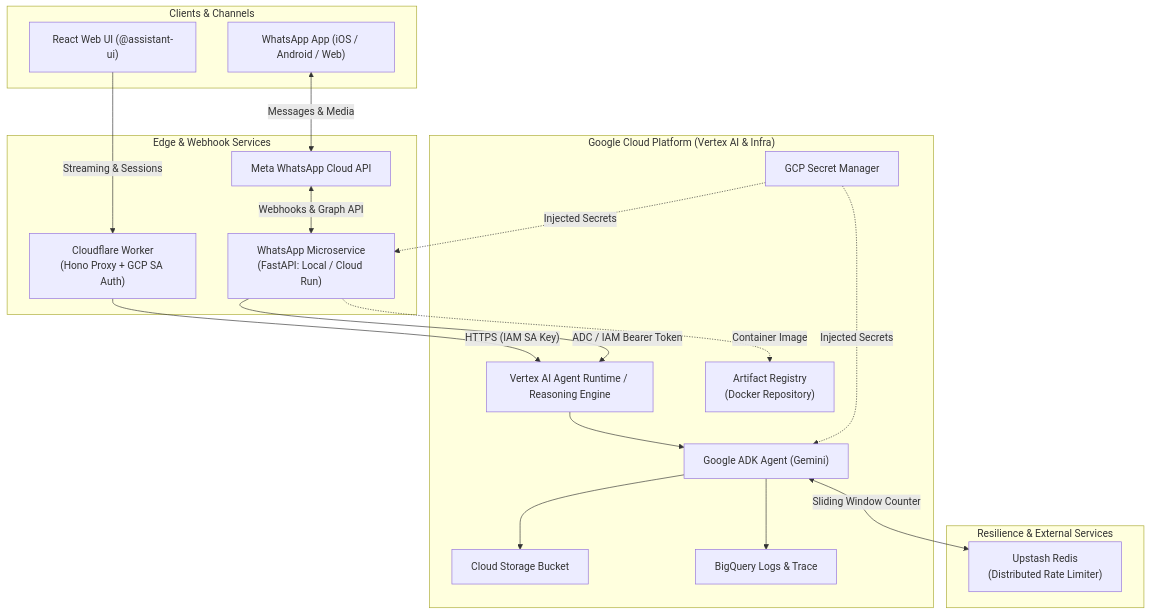
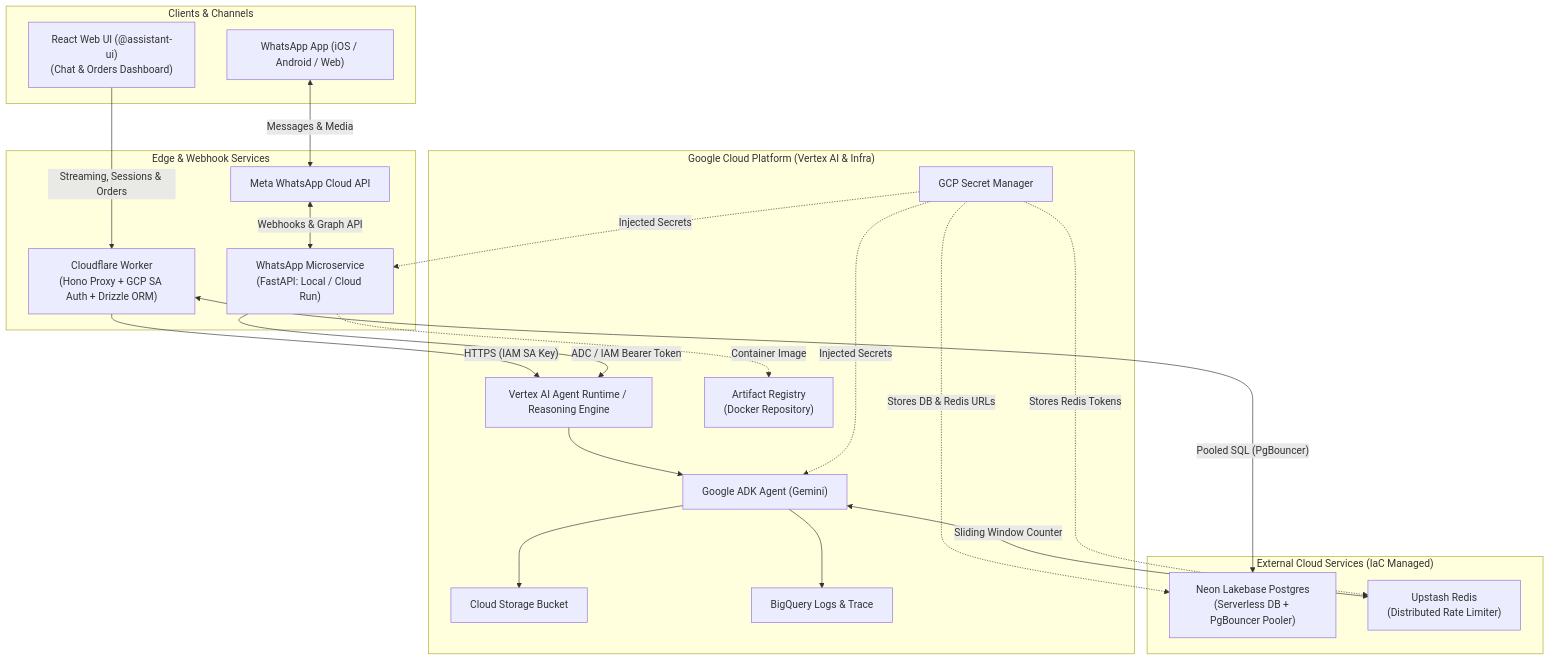
Before and after one commit to janf-agentic-architect/coffee-assistant: the diagram in README.md, drawn with Mermaid. The commit also changed other lines of this file and 10 other files, not shown here.

````diff
--- a/README.md
+++ b/README.md
@@ -25,40 +28,45 @@
 ```mermaid
 flowchart TD
     subgraph Clients ["Clients & Channels"]
-        WebUI["React Web UI (@assistant-ui)"]
+        WebUI["React Web UI (@assistant-ui)\n(Chat & Orders Dashboard)"]
         WhatsAppClient["WhatsApp App (iOS / Android / Web)"]
     end
 
     subgraph EdgeAndChannels ["Edge & Webhook Services"]
-        HonoWorker["Cloudflare Worker\n(Hono Proxy + GCP SA Auth)"]
+        HonoWorker["Cloudflare Worker\n(Hono Proxy + GCP SA Auth + Drizzle ORM)"]
         MetaAPI["Meta WhatsApp Cloud API"]
         WhatsAppService["WhatsApp Microservice\n(FastAPI: Local / Cloud Run)"]
 
-        WebUI -->|Streaming & Sessions| HonoWorker
+        WebUI -->|Streaming, Sessions & Orders| HonoWorker
         WhatsAppClient <-->|Messages & Media| MetaAPI
         MetaAPI <-->|Webhooks & Graph API| WhatsAppService
     end
 
     subgraph GCP ["Google Cloud Platform (Vertex AI & Infra)"]
         AgentRuntime["Vertex AI Agent Runtime / Reasoning Engine"]
         ADKAgent["Google ADK Agent (Gemini)"]
         SecretManager["GCP Secret Manager"]
         GCS["Cloud Storage Bucket"]
         BigQuery["BigQuery Logs & Trace"]
         ArtifactRegistry["Artifact Registry\n(Docker Repository)"]
 
         HonoWorker -->|"HTTPS (IAM SA Key)"| AgentRuntime
         WhatsAppService -->|"ADC / IAM Bearer Token"| AgentRuntime
         AgentRuntime --> ADKAgent
         SecretManager -.->|"Injected Secrets"| ADKAgent
         SecretManager -.->|"Injected Secrets"| WhatsAppService
         ADKAgent --> GCS
         ADKAgent --> BigQuery
         WhatsAppService -.->|"Container Image"| ArtifactRegistry
     end
 
-    subgraph Security ["Resilience & External Services"]
+    subgraph ExternalServices ["External Cloud Services (IaC Managed)"]
+        NeonDB["Neon Lakebase Postgres\n(Serverless DB + PgBouncer Pooler)"]
         Upstash["Upstash Redis\n(Distributed Rate Limiter)"]
+
+        HonoWorker <-->|"Pooled SQL (PgBouncer)"| NeonDB
         ADKAgent <-->|"Sliding Window Counter"| Upstash
+        SecretManager -.->|"Stores DB & Redis URLs"| NeonDB
+        SecretManager -.->|"Stores Redis Tokens"| Upstash
     end
 ```
````
